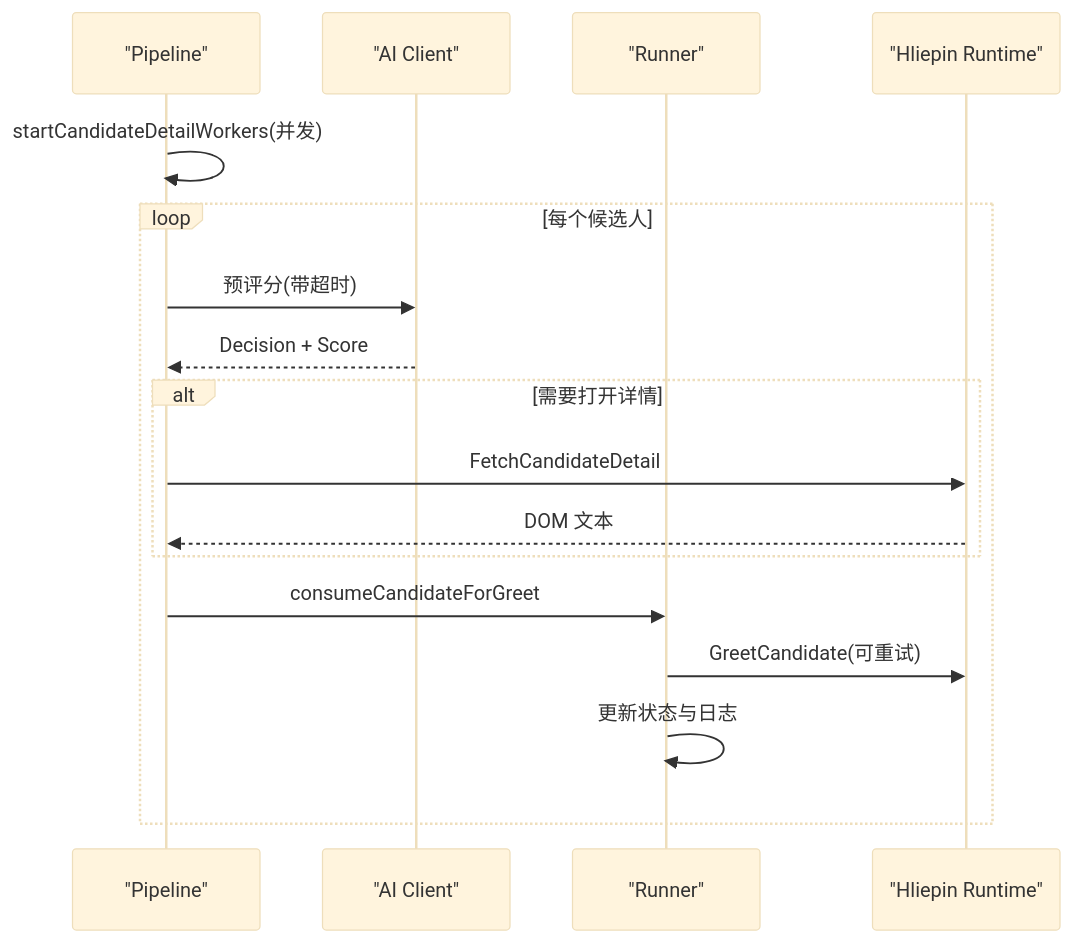
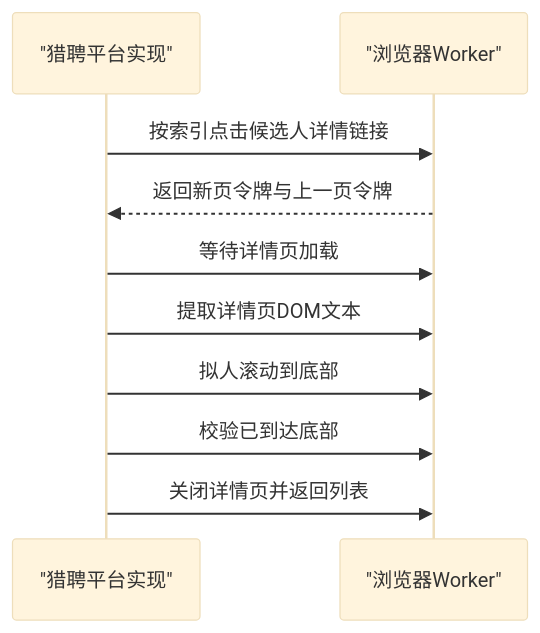
Before and after one commit to alvinwangzi/goodhr: the fourth of 7 diagrams in .qoder/repowiki/zh/content/本地执行器/平台适配器/猎聘适配器/候选人处理.md, drawn with Mermaid (base theme). The commit also changed other lines of this file and 149 other files, not shown here.

````diff
--- a/.qoder/repowiki/zh/content/本地执行器/平台适配器/猎聘适配器/候选人处理.md
+++ b/.qoder/repowiki/zh/content/本地执行器/平台适配器/猎聘适配器/候选人处理.md
@@ -252,19 +157,12 @@
 ```mermaid
 sequenceDiagram
-participant P as "Pipeline"
-participant A as "AI Client"
-participant R as "Runner"
-participant H as "Hliepin Runtime"
-P->>P : startCandidateDetailWorkers(并发)
-loop 每个候选人
-P->>A : 预评分(带超时)
-A-->>P : Decision + Score
-alt 需要打开详情
-P->>H : FetchCandidateDetail
-H-->>P : DOM 文本
-end
-P->>R : consumeCandidateForGreet
-R->>H : GreetCandidate(可重试)
-R->>R : 更新状态与日志
-end
+participant PL as "猎聘平台实现"
+participant BR as "浏览器Worker"
+PL->>BR : 按索引点击候选人详情链接
+BR-->>PL : 返回新页令牌与上一页令牌
+PL->>BR : 等待详情页加载
+PL->>BR : 提取详情页DOM文本
+PL->>BR : 拟人滚动到底部
+PL->>BR : 校验已到达底部
+PL->>BR : 关闭详情页并返回列表
 ```
````
